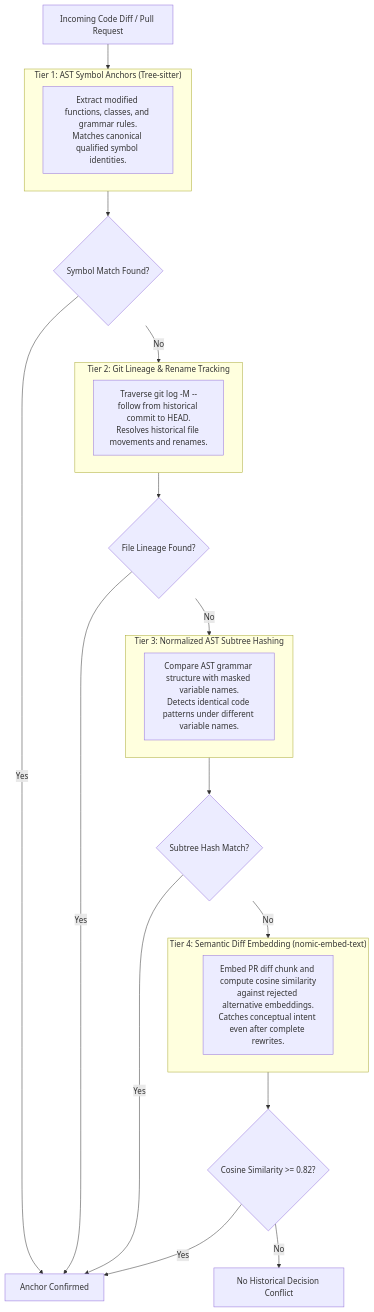
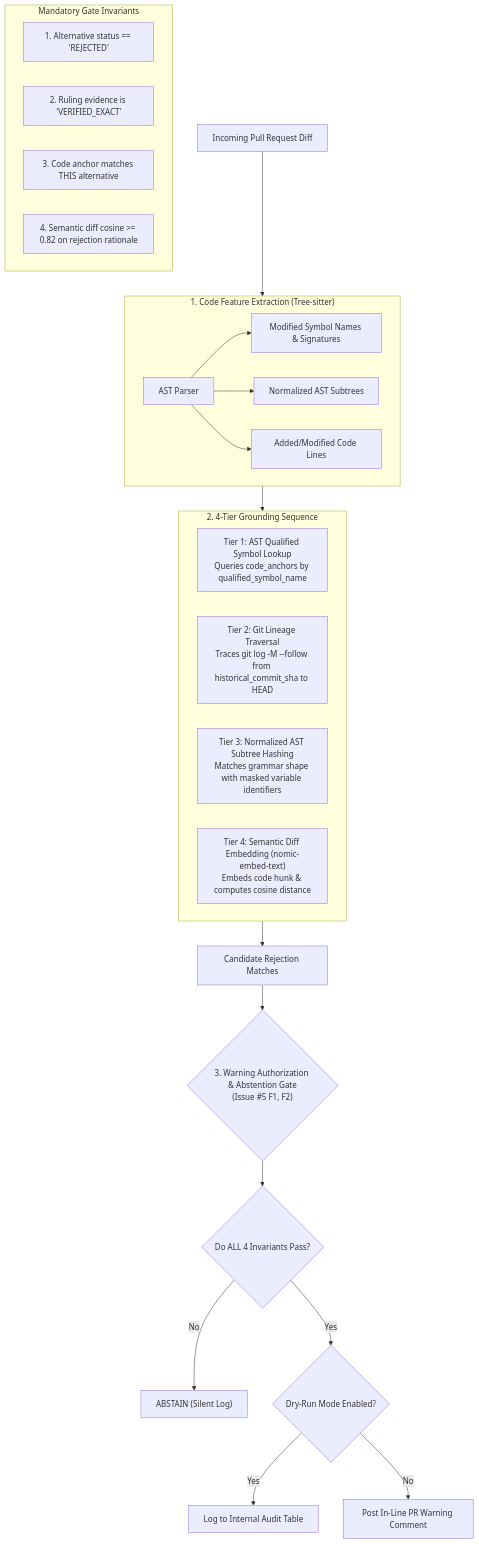
The first of 2 diagrams in docs/CODE_GROUNDING_AND_AST.md (MRiARC/biscuit), drawn with Mermaid before and after one commit. The commit also changed other lines of this file and 2 other files, not shown here.

Commit message:
docs: strengthen evidence provenance, decision states, and code anchors (fixes #5)

````diff
--- a/docs/CODE_GROUNDING_AND_AST.md
+++ b/docs/CODE_GROUNDING_AND_AST.md
@@ -21,36 +33,36 @@
 ```mermaid
 flowchart TD
-    PR["Incoming Code Diff / Pull Request"] --> T1
+    Diff["Incoming Pull Request Diff"] --> Extract
 
-    subgraph T1["Tier 1: AST Symbol Anchors (Tree-sitter)"]
-        T1Action["Extract modified functions, classes, and grammar rules.<br/>Matches canonical qualified symbol identities."]
+    subgraph Extract["1. Code Feature Extraction (Tree-sitter)"]
+        Tree["AST Parser"] --> ModSymbols["Modified Symbol Names & Signatures"]
+        Tree --> ModTrees["Normalized AST Subtrees"]
+        Tree --> DiffHunk["Added/Modified Code Lines"]
     end
 
-    T1 --> Match1{"Symbol Match Found?"}
-    Match1 -- Yes --> Confirmed["Anchor Confirmed"]
-    Match1 -- No --> T2
+    Extract --> Tiers
 
-    subgraph T2["Tier 2: Git Lineage & Rename Tracking"]
-        T2Action["Traverse git log -M --follow from historical commit to HEAD.<br/>Resolves historical file movements and renames."]
+    subgraph Tiers["2. 4-Tier Grounding Sequence"]
+        T1["Tier 1: AST Qualified Symbol Lookup<br/>Queries code_anchors by qualified_symbol_name"]
+        T2["Tier 2: Git Lineage Traversal<br/>Traces git log -M --follow from historical_commit_sha to HEAD"]
+        T3["Tier 3: Normalized AST Subtree Hashing<br/>Matches grammar shape with masked variable identifiers"]
+        T4["Tier 4: Semantic Diff Embedding (nomic-embed-text)<br/>Embeds code hunk & computes cosine distance"]
     end
 
-    T2 --> Match2{"File Lineage Found?"}
-    Match2 -- Yes --> Confirmed
-    Match2 -- No --> T3
+    Tiers --> Candidates["Candidate Rejection Matches"]
+    Candidates --> Gate{"3. Warning Authorization & Abstention Gate<br/>(Issue #5 F1, F2)"}
 
-    subgraph T3["Tier 3: Normalized AST Subtree Hashing"]
-        T3Action["Compare AST grammar structure with masked variable names.<br/>Detects identical code patterns under different variable names."]
+    subgraph GateCriteria["Mandatory Gate Invariants"]
+        I1["1. Alternative status == 'REJECTED'"]
+        I2["2. Ruling evidence is 'VERIFIED_EXACT'"]
+        I3["3. Code anchor matches THIS alternative"]
+        I4["4. Semantic diff cosine >= 0.82 on rejection rationale"]
     end
 
-    T3 --> Match3{"Subtree Hash Match?"}
-    Match3 -- Yes --> Confirmed
-    Match3 -- No --> T4
-
-    subgraph T4["Tier 4: Semantic Diff Embedding (nomic-embed-text)"]
-        T4Action["Embed PR diff chunk and compute cosine similarity<br/>against rejected alternative embeddings.<br/>Catches conceptual intent even after complete rewrites."]
-    end
-
-    T4 --> Match4{"Cosine Similarity >= 0.82?"}
-    Match4 -- Yes --> Confirmed
-    Match4 -- No --> Safe["No Historical Decision Conflict"]
+    Gate --> AllPass{"Do ALL 4 Invariants Pass?"}
+    AllPass -- No --> Abstain["ABSTAIN (Silent Log)"]
+    AllPass -- Yes --> ModeCheck{"Dry-Run Mode Enabled?"}
+    
+    ModeCheck -- Yes --> AuditLog["Log to Internal Audit Table"]
+    ModeCheck -- No --> PostPR["Post In-Line PR Warning Comment"]
 ```
````
